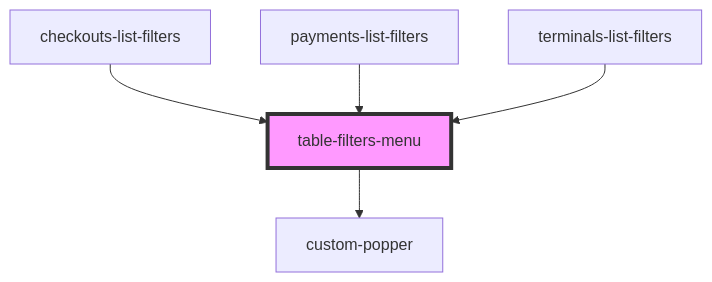
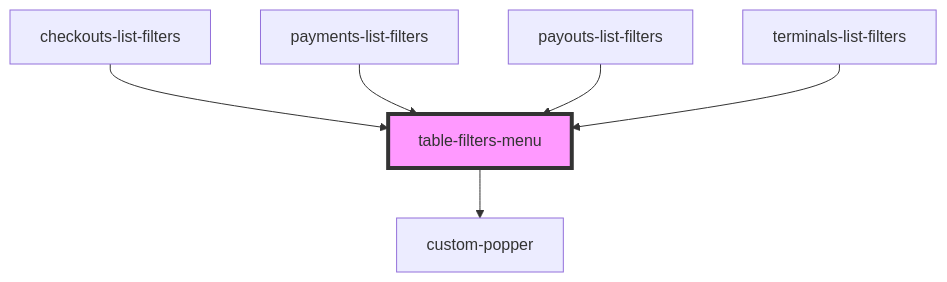
Before and after one commit to justifi-tech/web-component-library: the diagram in packages/webcomponents/src/ui-components/filters/readme.md, drawn with Mermaid. The commit also changed other lines of this file and 7 other files, not shown here.

Commit message:
Add filter menu to payouts-list

````diff
--- a/packages/webcomponents/src/ui-components/filters/readme.md
+++ b/packages/webcomponents/src/ui-components/filters/readme.md
@@ -36,8 +37,9 @@
 ```mermaid
 graph TD;
   table-filters-menu --> custom-popper
   checkouts-list-filters --> table-filters-menu
   payments-list-filters --> table-filters-menu
+  payouts-list-filters --> table-filters-menu
   terminals-list-filters --> table-filters-menu
   style table-filters-menu fill:#f9f,stroke:#333,stroke-width:4px
 ```
````
